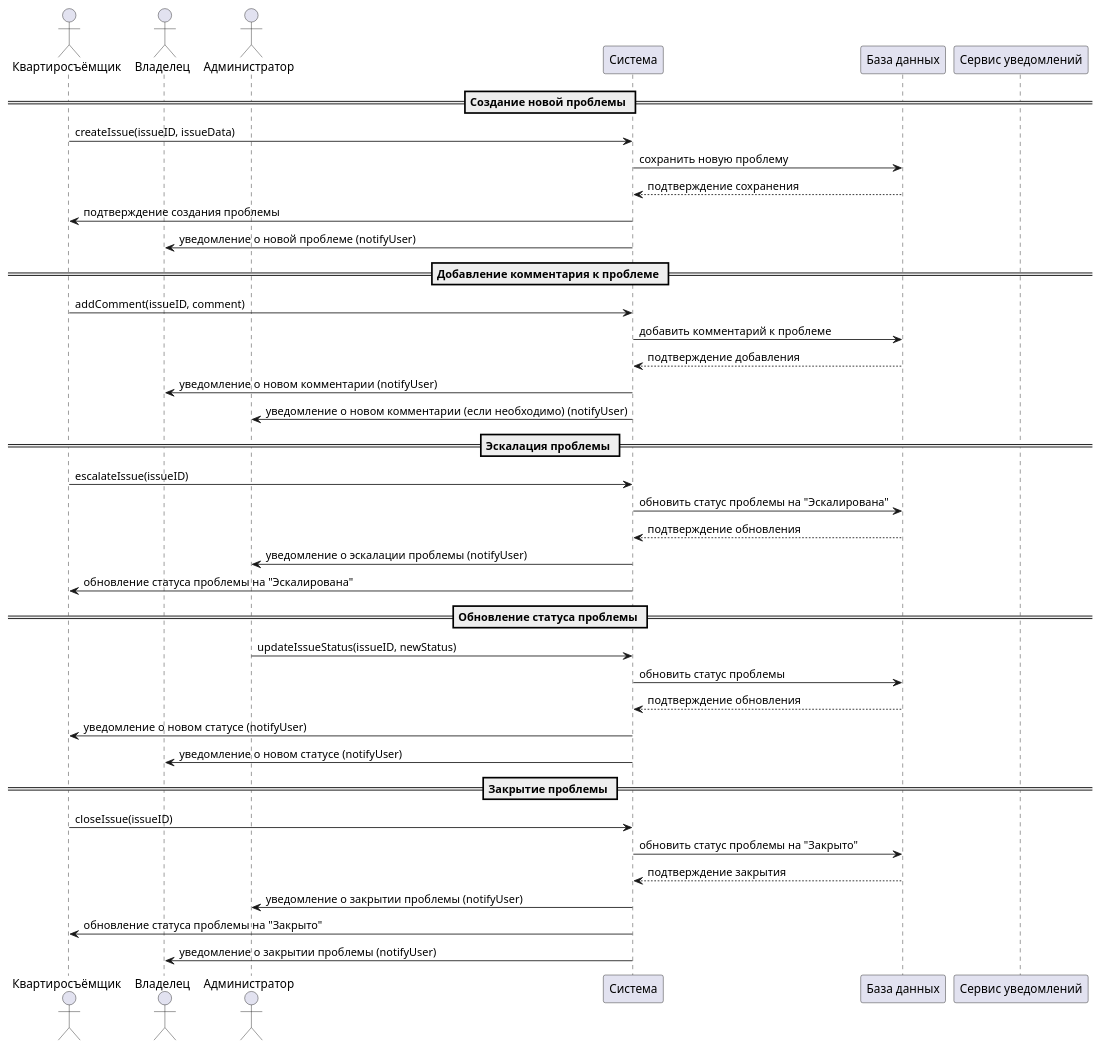
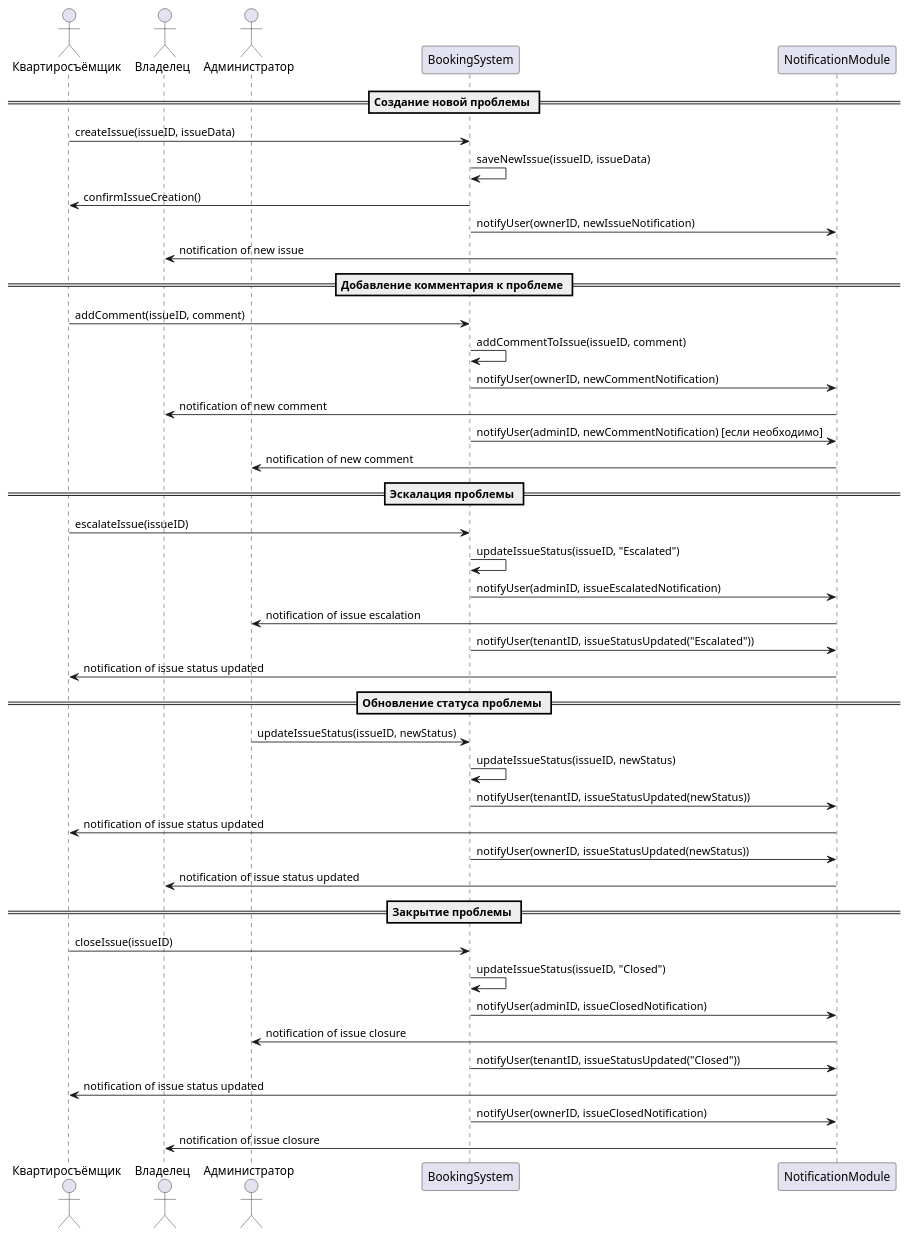
One commit to penamarth/bsbo-01-22_team4_var8 changed the diagram in precedents/SolvingProblems/SolvingProblemsDiagramm.md. Above: the diagram before and after it, drawn with PlantUML.

Commit message:
Translate russian text in scenarios to english

````diff
--- a/precedents/SolvingProblems/SolvingProblemsDiagramm.md
+++ b/precedents/SolvingProblems/SolvingProblemsDiagramm.md
@@ -1,49 +1,53 @@
 ```plantuml
 
 @startuml
 actor Квартиросъёмщик
 actor Владелец
 actor Администратор
-participant "Система" as System
-participant "База данных" as Database
-participant "Сервис уведомлений" as NotificationService
+participant "BookingSystem" as System
+participant "NotificationModule" as NotificationService
 
 == Создание новой проблемы ==
 Квартиросъёмщик -> System: createIssue(issueID, issueData)
-System -> Database: сохранить новую проблему
-Database --> System: подтверждение сохранения
-System -> Квартиросъёмщик: подтверждение создания проблемы
-System -> Владелец: уведомление о новой проблеме (notifyUser)
+System -> System: saveNewIssue(issueID, issueData)
+System -> Квартиросъёмщик: confirmIssueCreation()
+System -> NotificationService: notifyUser(ownerID, newIssueNotification)
+NotificationService -> Владелец: notification of new issue
 
 == Добавление комментария к проблеме ==
 Квартиросъёмщик -> System: addComment(issueID, comment)
-System -> Database: добавить комментарий к проблеме
-Database --> System: подтверждение добавления
-System -> Владелец: уведомление о новом комментарии (notifyUser)
-System -> Администратор: уведомление о новом комментарии (если необходимо) (notifyUser)
+System -> System: addCommentToIssue(issueID, comment)
+System -> NotificationService: notifyUser(ownerID, newCommentNotification)
+NotificationService -> Владелец: notification of new comment
+System -> NotificationService: notifyUser(adminID, newCommentNotification) [если необходимо]
+NotificationService -> Администратор: notification of new comment
 
 == Эскалация проблемы ==
 Квартиросъёмщик -> System: escalateIssue(issueID)
-System -> Database: обновить статус проблемы на "Эскалирована"
-Database --> System: подтверждение обновления
-System -> Администратор: уведомление о эскалации проблемы (notifyUser)
-System -> Квартиросъёмщик: обновление статуса проблемы на "Эскалирована"
+System -> System: updateIssueStatus(issueID, "Escalated")
+System -> NotificationService: notifyUser(adminID, issueEscalatedNotification)
+NotificationService -> Администратор: notification of issue escalation
+System -> NotificationService: notifyUser(tenantID, issueStatusUpdated("Escalated"))
+NotificationService -> Квартиросъёмщик: notification of issue status updated
 
 == Обновление статуса проблемы ==
 Администратор -> System: updateIssueStatus(issueID, newStatus)
-System -> Database: обновить статус проблемы
-Database --> System: подтверждение обновления
-System -> Квартиросъёмщик: уведомление о новом статусе (notifyUser)
-System -> Владелец: уведомление о новом статусе (notifyUser)
+System -> System: updateIssueStatus(issueID, newStatus)
+System -> NotificationService: notifyUser(tenantID, issueStatusUpdated(newStatus))
+NotificationService -> Квартиросъёмщик: notification of issue status updated
+System -> NotificationService: notifyUser(ownerID, issueStatusUpdated(newStatus))
+NotificationService -> Владелец: notification of issue status updated
 
 == Закрытие проблемы ==
 Квартиросъёмщик -> System: closeIssue(issueID)
-System -> Database: обновить статус проблемы на "Закрыто"
-Database --> System: подтверждение закрытия
-System -> Администратор: уведомление о закрытии проблемы (notifyUser)
-System -> Квартиросъёмщик: обновление статуса проблемы на "Закрыто"
-System -> Владелец: уведомление о закрытии проблемы (notifyUser)
+System -> System: updateIssueStatus(issueID, "Closed")
+System -> NotificationService: notifyUser(adminID, issueClosedNotification)
+NotificationService -> Администратор: notification of issue closure
+System -> NotificationService: notifyUser(tenantID, issueStatusUpdated("Closed"))
+NotificationService -> Квартиросъёмщик: notification of issue status updated
+System -> NotificationService: notifyUser(ownerID, issueClosedNotification)
+NotificationService -> Владелец: notification of issue closure
 
 @enduml
 
 ```
````
